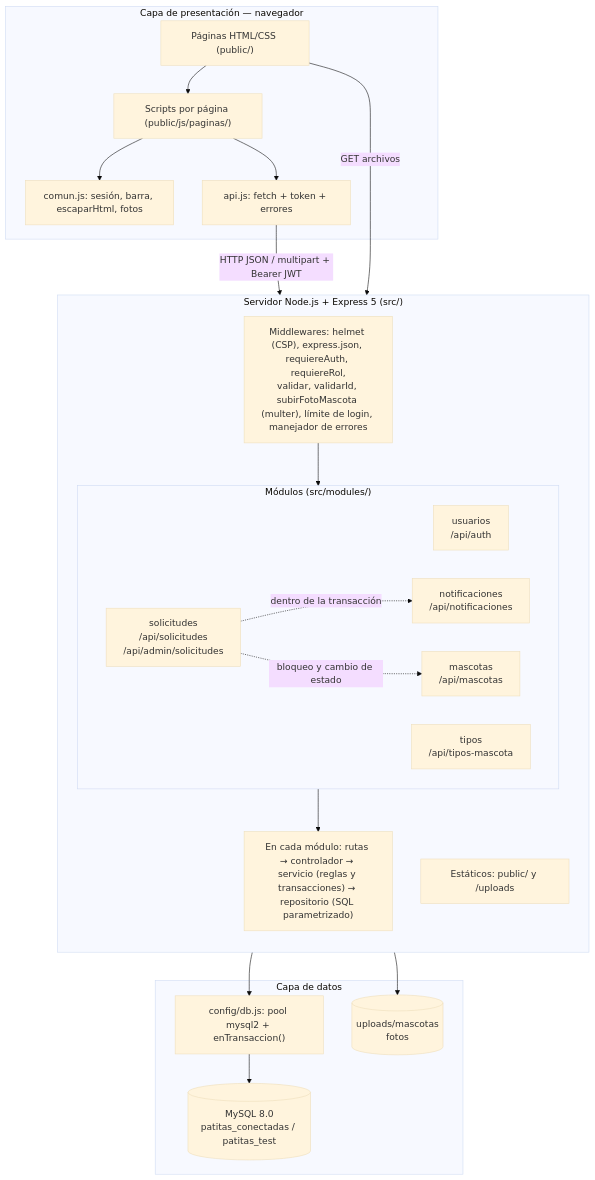
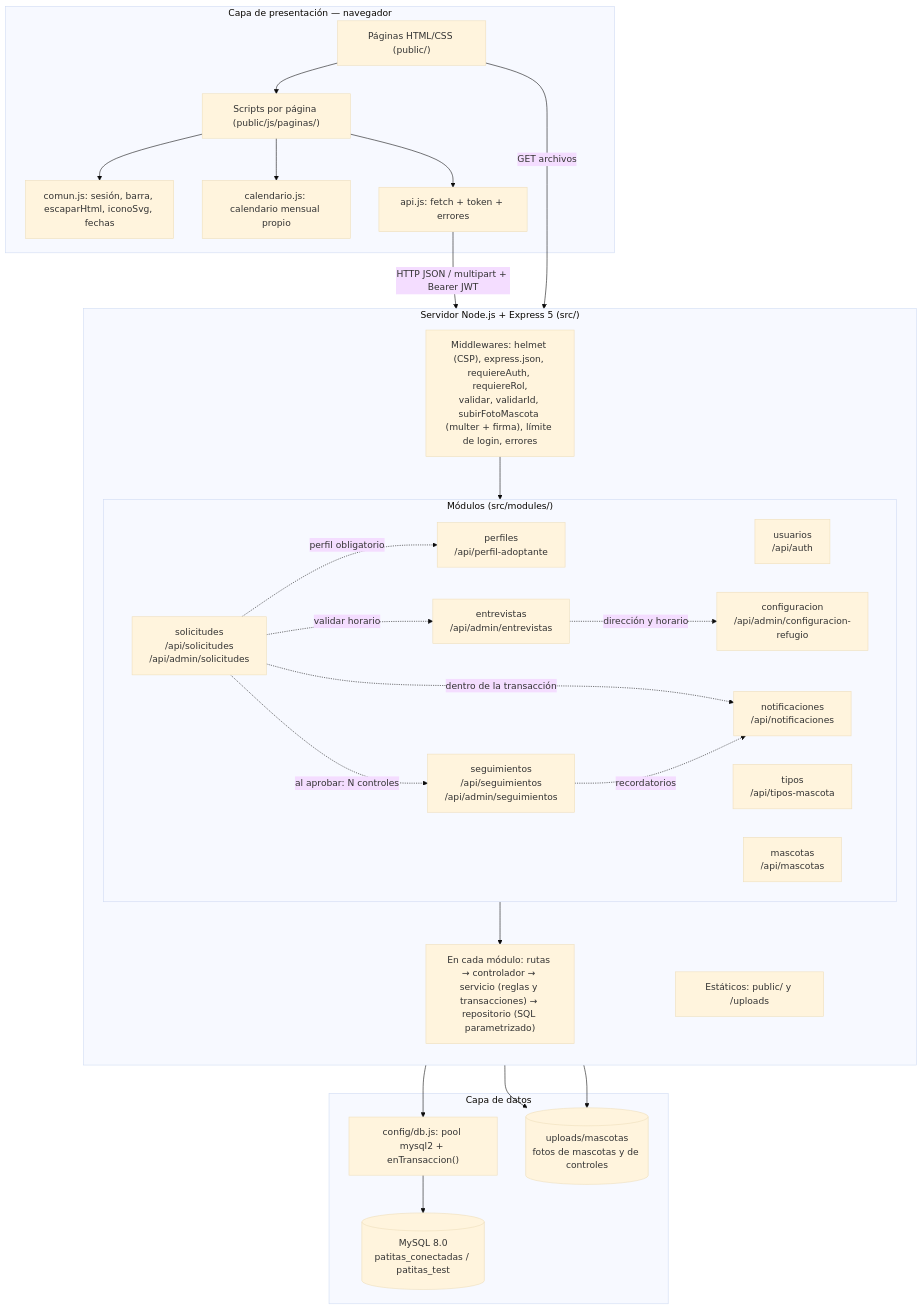
The first of 3 diagrams in docs/04_arquitectura.md (melanie05code/patitas-conectadas), drawn with Mermaid (base theme) before and after one commit. The commit also changed other lines of this file, not shown here.

````diff
--- a/docs/04_arquitectura.md
+++ b/docs/04_arquitectura.md
@@ -16,41 +20,52 @@
 ```mermaid
 flowchart TB
     subgraph Cliente["Capa de presentación — navegador"]
         HTML["Páginas HTML/CSS (public/)"]
         JSP["Scripts por página (public/js/paginas/)"]
-        COMUN["comun.js: sesión, barra, escaparHtml, fotos"]
+        COMUN["comun.js: sesión, barra, escaparHtml, iconoSvg, fechas"]
+        CAL["calendario.js: calendario mensual propio"]
         APIJS["api.js: fetch + token + errores"]
         HTML --> JSP --> COMUN
+        JSP --> CAL
         JSP --> APIJS
     end
 
     subgraph Servidor["Servidor Node.js + Express 5 (src/)"]
         direction TB
-        MW["Middlewares: helmet (CSP), express.json, requiereAuth, requiereRol,<br/>validar, validarId, subirFotoMascota (multer), límite de login, manejador de errores"]
+        MW["Middlewares: helmet (CSP), express.json, requiereAuth, requiereRol,<br/>validar, validarId, subirFotoMascota (multer + firma), límite de login, errores"]
         subgraph Modulos["Módulos (src/modules/)"]
             direction LR
             U["usuarios<br/>/api/auth"]
+            P["perfiles<br/>/api/perfil-adoptante"]
             T["tipos<br/>/api/tipos-mascota"]
             M["mascotas<br/>/api/mascotas"]
             S["solicitudes<br/>/api/solicitudes<br/>/api/admin/solicitudes"]
+            E["entrevistas<br/>/api/admin/entrevistas"]
+            C["configuracion<br/>/api/admin/configuracion-refugio"]
+            G["seguimientos<br/>/api/seguimientos<br/>/api/admin/seguimientos"]
             N["notificaciones<br/>/api/notificaciones"]
         end
         CAPAS["En cada módulo: rutas → controlador → servicio (reglas y transacciones) → repositorio (SQL parametrizado)"]
         EST["Estáticos: public/ y /uploads"]
         MW --> Modulos --> CAPAS
     end
 
     subgraph Datos["Capa de datos"]
         POOL["config/db.js: pool mysql2 + enTransaccion()"]
         BD[("MySQL 8.0<br/>patitas_conectadas / patitas_test")]
-        FS[("uploads/mascotas<br/>fotos")]
+        FS[("uploads/mascotas<br/>fotos de mascotas y de controles")]
         POOL --> BD
     end
 
     APIJS -- "HTTP JSON / multipart + Bearer JWT" --> MW
     HTML -- "GET archivos" --> EST
     CAPAS --> POOL
     M --> FS
+    G --> FS
+    S -. "perfil obligatorio" .-> P
+    S -. "validar horario" .-> E
+    E -. "dirección y horario" .-> C
+    S -. "al aprobar: N controles" .-> G
     S -. "dentro de la transacción" .-> N
-    S -. "bloqueo y cambio de estado" .-> M
+    G -. "recordatorios" .-> N
 ```
````
